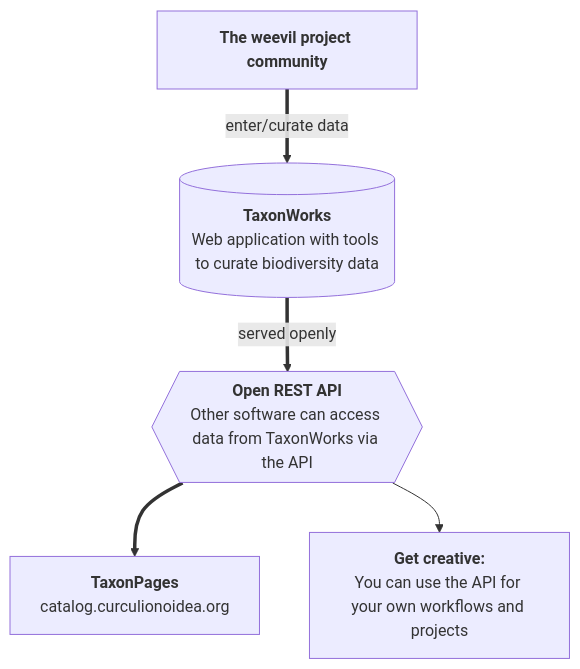
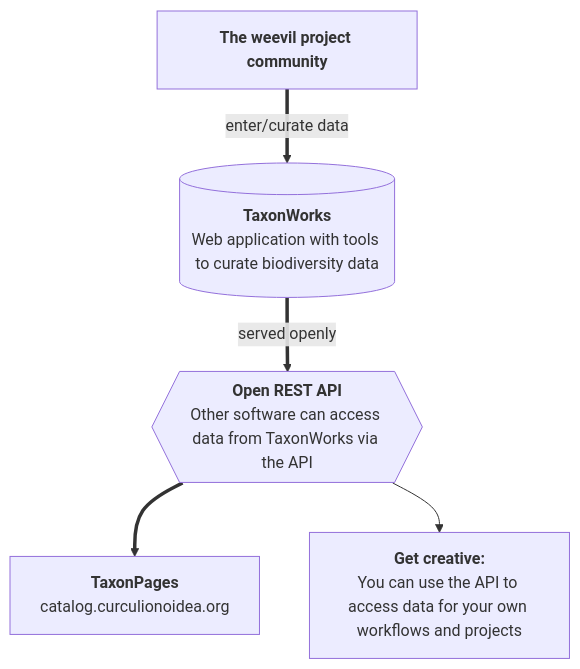
Before and after one commit to Curculionidae/docs: the diagram in docs/onboarding.md, drawn with Mermaid.

Commit message:
Clarify API usage instructions in onboarding document

````diff
--- a/docs/onboarding.md
+++ b/docs/onboarding.md
@@ -23,17 +23,17 @@
 ```mermaid
 flowchart TD
     U["`**The weevil project community**`"]
     TW[("`**TaxonWorks**
     Web application with tools to curate biodiversity data`")]
     API{{"`**Open REST API**
     Other software can access data from TaxonWorks via the API`"}}
     TP["`**TaxonPages**
     catalog.curculionoidea.org`"]
     ANY["`**Get creative:**
-    You can use the API for your own workflows and projects`"]
+    You can use the API to access data for your own workflows and projects`"]
 
     U ==>|enter/curate data| TW
     TW ==>|served openly| API
     API ==> TP
     API --> ANY
 ```
````
